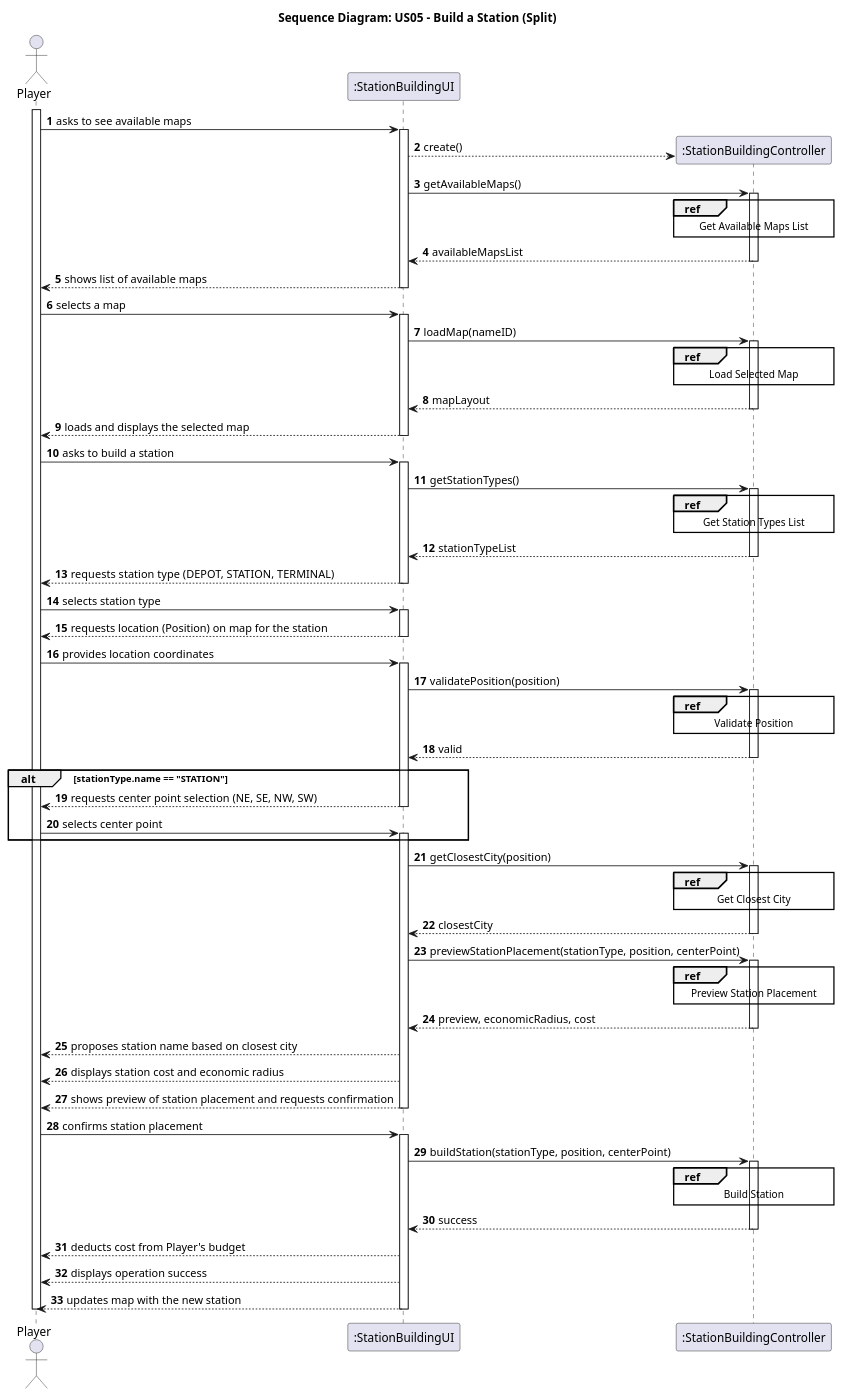
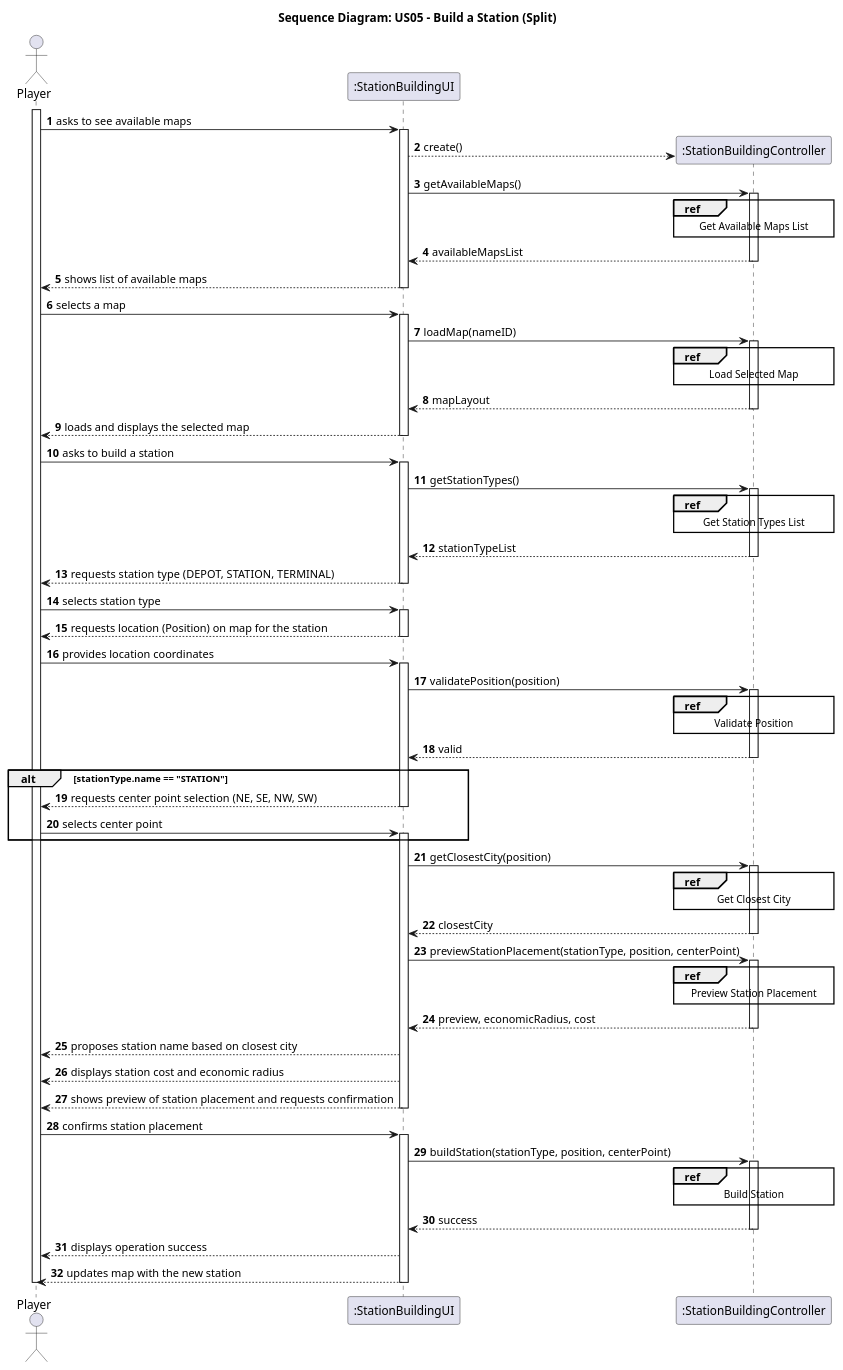
The diagram in docs/system-documentation/Sprint 2/US05/03.design/puml/US05-SD-split-Sequence_Diagram.puml (HenriqueSilva18/Railway-Network-Simulator), drawn with PlantUML before and after one commit. The commit also changed 11 other files, not shown here.

```diff
--- a/docs/system-documentation/Sprint 2/US05/03.design/puml/US05-SD-split-Sequence_Diagram.puml
+++ b/docs/system-documentation/Sprint 2/US05/03.design/puml/US05-SD-split-Sequence_Diagram.puml
@@ -1,131 +1,130 @@
 @startuml
 skinparam packageStyle rectangle
 skinparam shadowing false
 
 autonumber
 
 title Sequence Diagram: US05 - Build a Station (Split)
 
 actor "Player" as PLAYER
 participant ":StationBuildingUI" as UI
 participant ":StationBuildingController" as CTRL
 
 
 activate PLAYER
 
     PLAYER -> UI : asks to see available maps
     activate UI
         UI --> CTRL** : create()
         UI -> CTRL : getAvailableMaps()
         
         ref over CTRL
             Get Available Maps List
         end ref
         
         activate CTRL
             CTRL --> UI : availableMapsList
         deactivate CTRL
         
         UI --> PLAYER : shows list of available maps
     deactivate UI
 
     PLAYER -> UI : selects a map
     activate UI
         UI -> CTRL : loadMap(nameID)
         
         ref over CTRL
             Load Selected Map
         end ref
         
         activate CTRL
             CTRL --> UI : mapLayout
         deactivate CTRL
         
         UI --> PLAYER : loads and displays the selected map
     deactivate UI
 
     PLAYER -> UI : asks to build a station
     activate UI
         UI -> CTRL : getStationTypes()
         
         ref over CTRL
             Get Station Types List
         end ref
         
         activate CTRL
             CTRL --> UI : stationTypeList
         deactivate CTRL
         
         UI --> PLAYER : requests station type (DEPOT, STATION, TERMINAL)
     deactivate UI
 
     PLAYER -> UI : selects station type
     activate UI
         UI --> PLAYER : requests location (Position) on map for the station
     deactivate UI
 
     PLAYER -> UI : provides location coordinates
     activate UI
         UI -> CTRL : validatePosition(position)
         
         ref over CTRL
             Validate Position
         end ref
         
         activate CTRL
             CTRL --> UI : valid
         deactivate CTRL
 
         alt stationType.name == "STATION"
             UI --> PLAYER : requests center point selection (NE, SE, NW, SW)
             deactivate UI
 
             PLAYER -> UI : selects center point
             activate UI
         end
 
         UI -> CTRL : getClosestCity(position)
         
         ref over CTRL
             Get Closest City
         end ref
         
         activate CTRL
             CTRL --> UI : closestCity
         deactivate CTRL
         
         UI -> CTRL : previewStationPlacement(stationType, position, centerPoint)
         
         ref over CTRL
             Preview Station Placement
         end ref
         
         activate CTRL
             CTRL --> UI : preview, economicRadius, cost
         deactivate CTRL
 
         UI --> PLAYER : proposes station name based on closest city
         UI --> PLAYER : displays station cost and economic radius
         UI --> PLAYER : shows preview of station placement and requests confirmation
     deactivate UI
 
     PLAYER -> UI : confirms station placement
     activate UI
         UI -> CTRL : buildStation(stationType, position, centerPoint)
         
         ref over CTRL
             Build Station
         end ref
         
         activate CTRL
             CTRL --> UI : success
         deactivate CTRL
 
-        UI --> PLAYER : deducts cost from Player's budget
         UI --> PLAYER : displays operation success
         UI --> PLAYER : updates map with the new station
     deactivate UI
 
 deactivate PLAYER
 
 @enduml 
```
